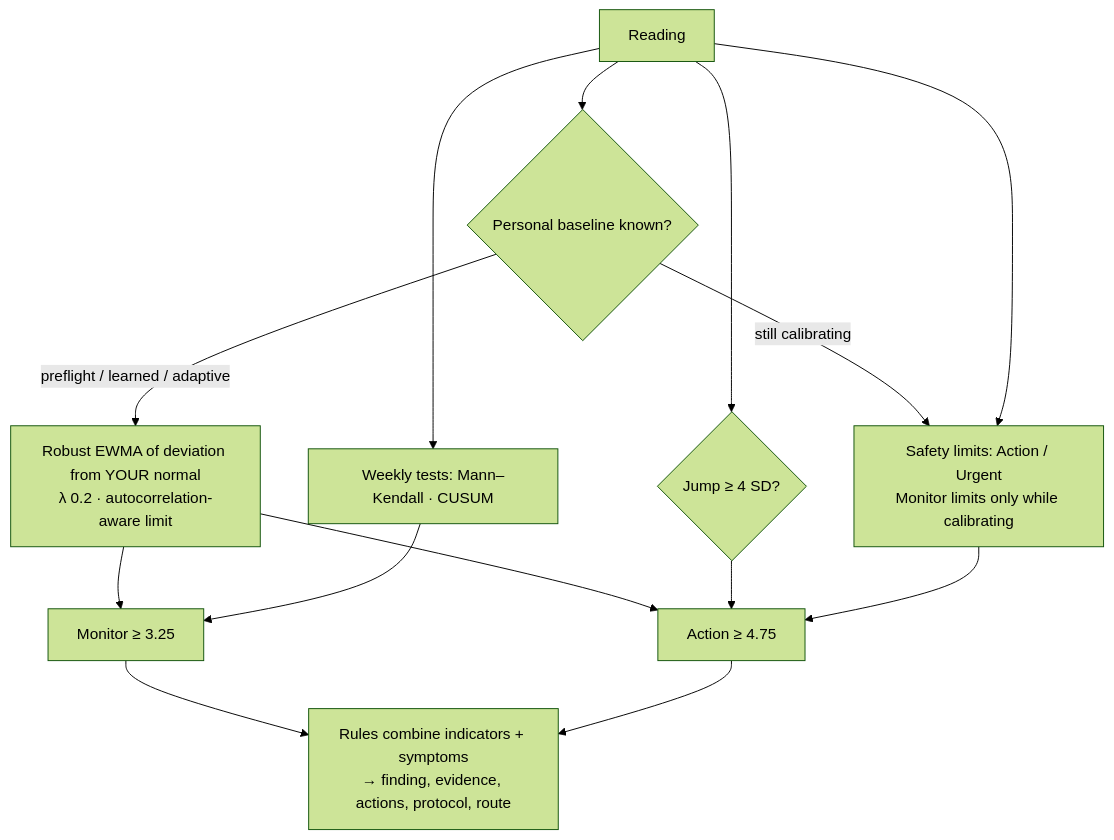
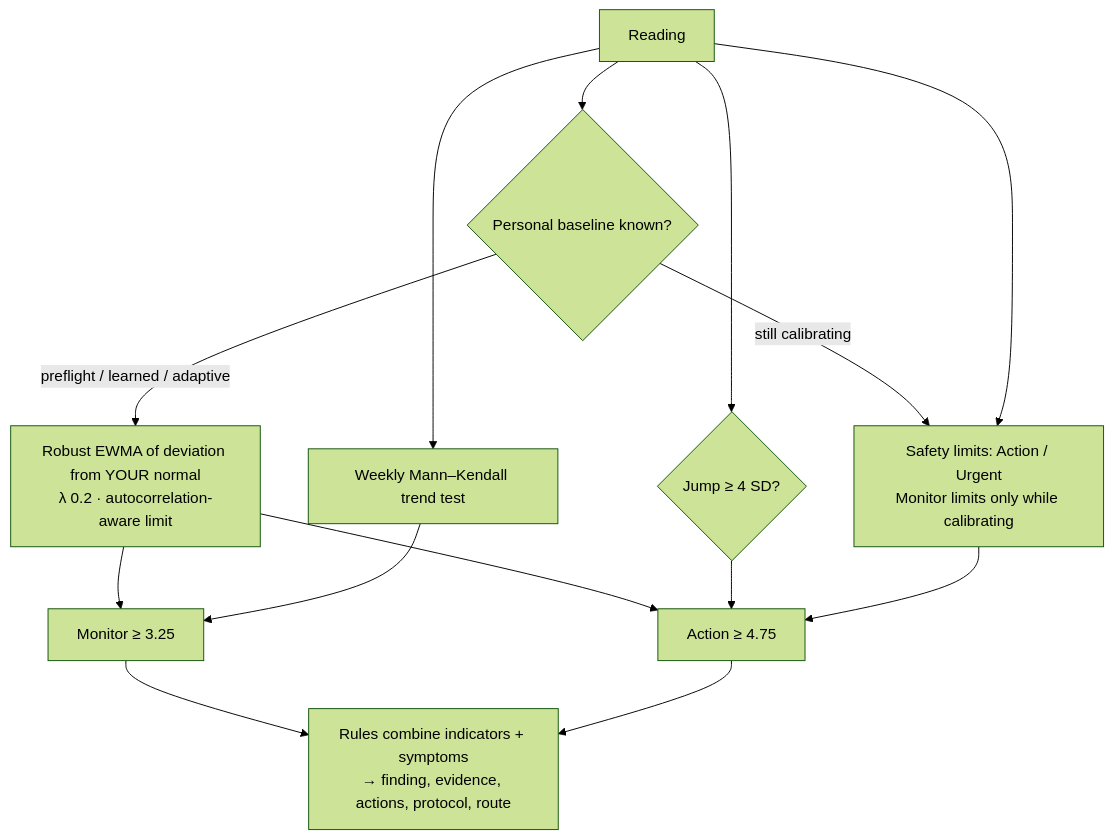
The second of 2 diagrams in docs/ARCHITECTURE.md (WillBettleheim/Helios), drawn with Mermaid (forest theme) before and after one commit. The commit also changed other lines of this file and 3 other files, not shown here.

````diff
--- a/docs/ARCHITECTURE.md
+++ b/docs/ARCHITECTURE.md
@@ -47,12 +47,12 @@
 ```mermaid
 flowchart TD
   r[Reading] --> base{Personal baseline known?}
   base -- preflight / learned / adaptive --> e[Robust EWMA of deviation from YOUR normal<br/>λ 0.2 · autocorrelation-aware limit]
   base -- still calibrating --> lim
   e --> mon[Monitor ≥ 3.25]
   e --> act[Action ≥ 4.75]
   r --> jump{Jump ≥ 4 SD?} --> act
-  r --> wk[Weekly tests: Mann–Kendall · CUSUM] --> mon
+  r --> wk[Weekly Mann–Kendall trend test] --> mon
   r --> lim[Safety limits: Action / Urgent<br/>Monitor limits only while calibrating] --> act
   mon & act --> rules[Rules combine indicators + symptoms<br/>→ finding, evidence, actions, protocol, route]
 ```
````
